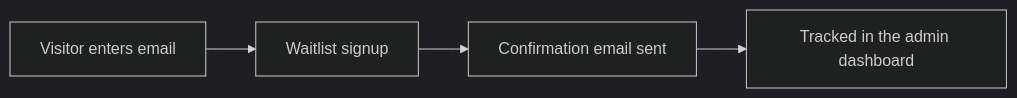
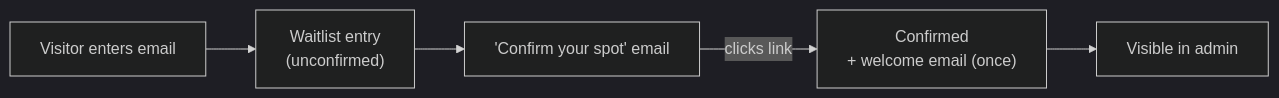
Before and after one commit to ss-travingat/devportal: the diagram in src/docs/Waitlist.md, drawn with Mermaid (dark theme). The commit also changed other lines of this file and 7 other files, not shown here.

````diff
--- a/src/docs/Waitlist.md
+++ b/src/docs/Waitlist.md
@@ -13,6 +13,7 @@
 ```mermaid
 flowchart LR
-    Visitor["Visitor enters email"] --> Signup["Waitlist signup"]
-    Signup --> Confirm["Confirmation email sent"]
-    Confirm --> Dashboard["Tracked in the admin dashboard"]
+    Visitor["Visitor enters email"] --> Entry["Waitlist entry\n(unconfirmed)"]
+    Entry --> Mail["'Confirm your spot' email"]
+    Mail -->|clicks link| Confirmed["Confirmed\n+ welcome email (once)"]
+    Confirmed --> Admin["Visible in admin"]
 ```
````
